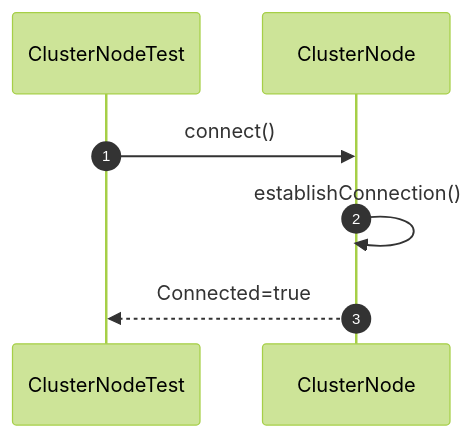
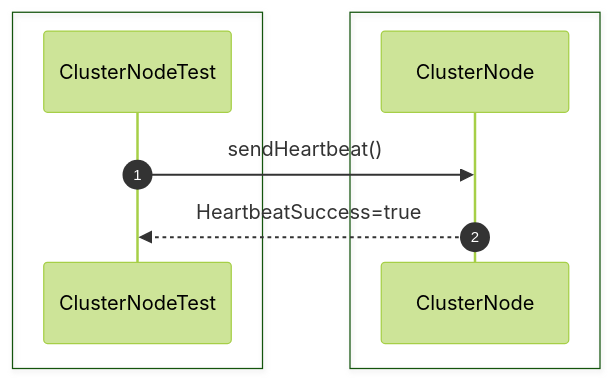
Diagram 15 of 26 in src/sequence/replication.md (Huy1801214/dbms-architecture), drawn with Mermaid (forest theme) before and after one commit. The commit also changed other lines of this file and 10 other files, not shown here.

Commit message:
add comprehensive sequence diagrams and documentation for system architecture and unit testing specifications

````diff
--- a/src/sequence/replication.md
+++ b/src/sequence/replication.md
@@ -114,12 +268,14 @@
 ```mermaid
 sequenceDiagram
     autonumber
+
+    box #e1f5fe Test Suite
     participant Test as ClusterNodeTest
+    end
+    box #ffebee Replication Components
     participant Node as ClusterNode
+    end
 
-    Test->>Node: connect()
-
-    Node->>Node: establishConnection()
-
-    Node-->>Test: Connected=true
+    Test->>Node: sendHeartbeat()
+    Node-->>Test: HeartbeatSuccess=true
 ```
````
